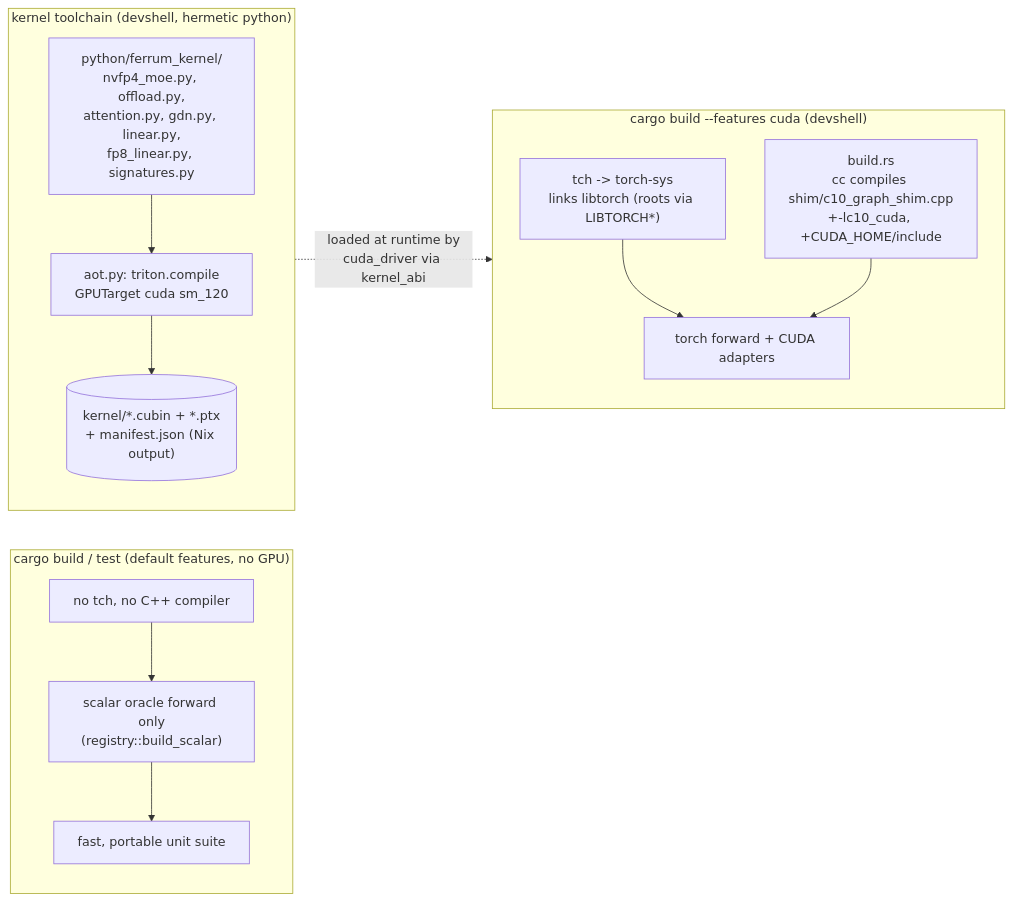
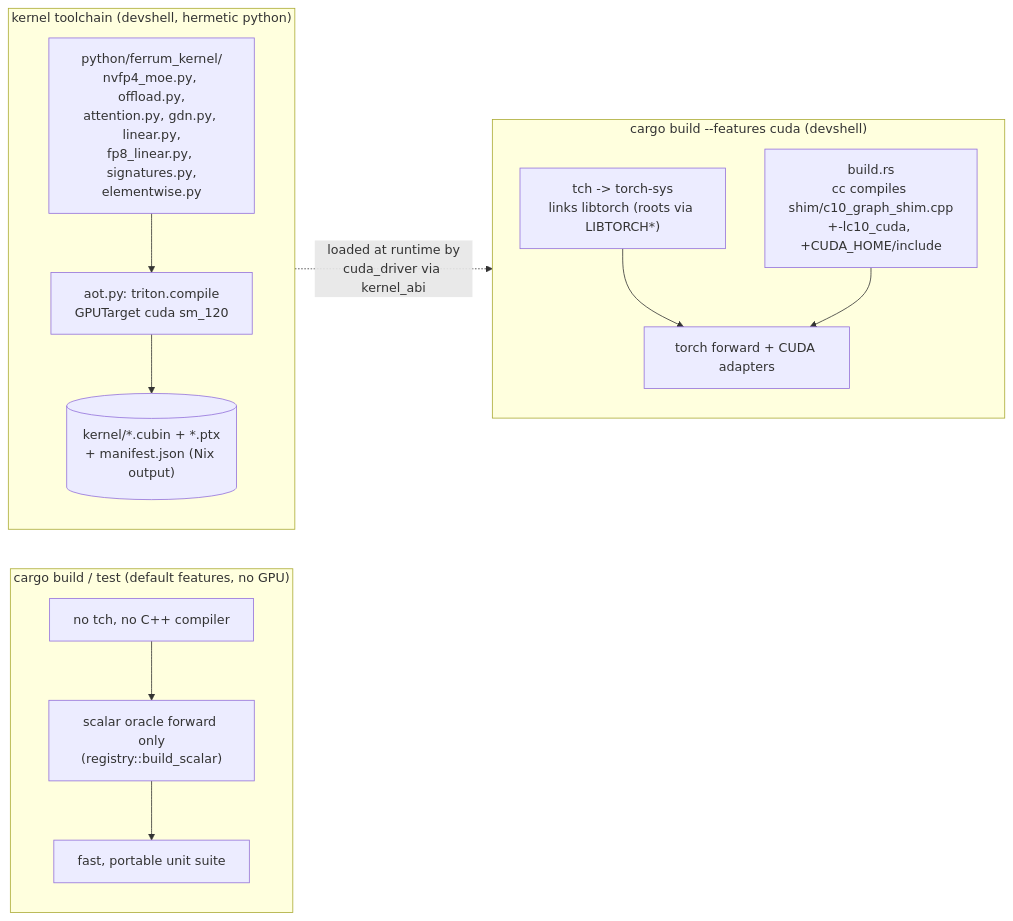
The second of 17 diagrams in ARCHITECTURE.md (butzist/ferrum-torrens), drawn with Mermaid before and after one commit. The commit also changed other lines of this file and 12 other files, not shown here.

````diff
--- a/ARCHITECTURE.md
+++ b/ARCHITECTURE.md
@@ -179,26 +179,27 @@
 ```mermaid
 flowchart LR
   subgraph CPUBuild["cargo build / test (default features, no GPU)"]
     C1["no tch, no C++ compiler"] --> C2["scalar oracle forward only\n(registry::build_scalar)"]
     C2 --> C3["fast, portable unit suite"]
   end
 
   subgraph CudaBuild["cargo build --features cuda (devshell)"]
     direction TB
     G1["tch -> torch-sys\nlinks libtorch (roots via LIBTORCH*)"]
     G2["build.rs\ncc compiles shim/c10_graph_shim.cpp\n+-lc10_cuda, +CUDA_HOME/include"]
     G3["torch forward + CUDA adapters"]
     G1 --> G3
     G2 --> G3
   end
 
   subgraph KernelAOT["kernel toolchain (devshell, hermetic python)"]
     direction TB
-    K1["python/ferrum_kernel/\nnvfp4_moe.py, offload.py,\nattention.py, gdn.py, linear.py,\nfp8_linear.py, signatures.py"]
+    K1["python/ferrum_kernel/\nnvfp4_moe.py, offload.py,\nattention.py, gdn.py, linear.py,\nfp8_linear.py, signatures.py,
+elementwise.py"]
     K2["aot.py: triton.compile\nGPUTarget cuda sm_120"]
     K3[("kernel/*.cubin + *.ptx\n+ manifest.json (Nix output)")]
     K1 --> K2 --> K3
   end
 
   K3 -. "loaded at runtime by\ncuda_driver via kernel_abi" .-> G3
 ```
````
